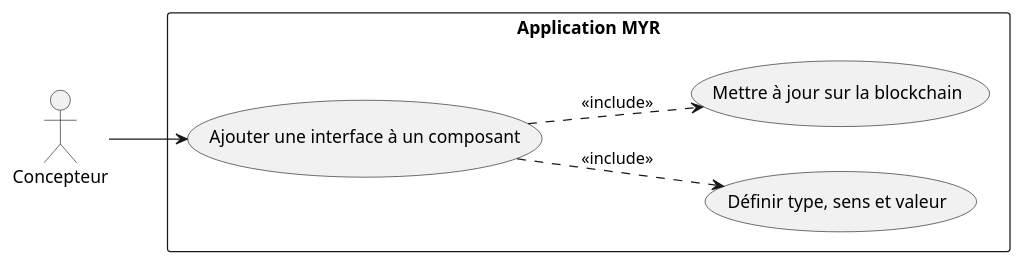
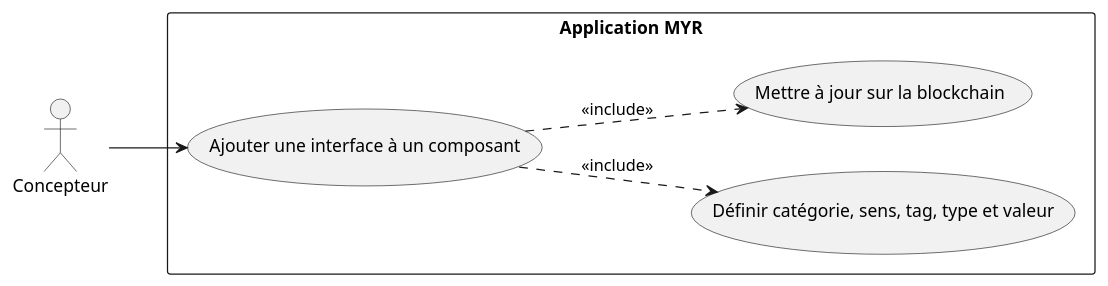
Before and after one commit to olivaux/myr: the first of 2 diagrams in specs/1-Expression/UCCE-Composant_Ecriture/UCCE06.md, drawn with PlantUML. The commit also changed other lines of this file and 7 other files, not shown here.

````diff
--- a/specs/1-Expression/UCCE-Composant_Ecriture/UCCE06.md
+++ b/specs/1-Expression/UCCE-Composant_Ecriture/UCCE06.md
@@ -14,18 +14,18 @@
 ```plantuml
 @startuml
 left to right direction
 
 actor "Concepteur" as C
 
 rectangle "Application MYR" {
     usecase "Ajouter une interface à un composant" as UC1
-    usecase "Définir type, sens et valeur" as UC2
+    usecase "Définir catégorie, sens, tag, type et valeur" as UC2
     usecase "Mettre à jour sur la blockchain" as UC3
 }
 
 C --> UC1
 UC1 ..> UC2 : <<include>>
 UC1 ..> UC3 : <<include>>
 
 @enduml
 ```
````
